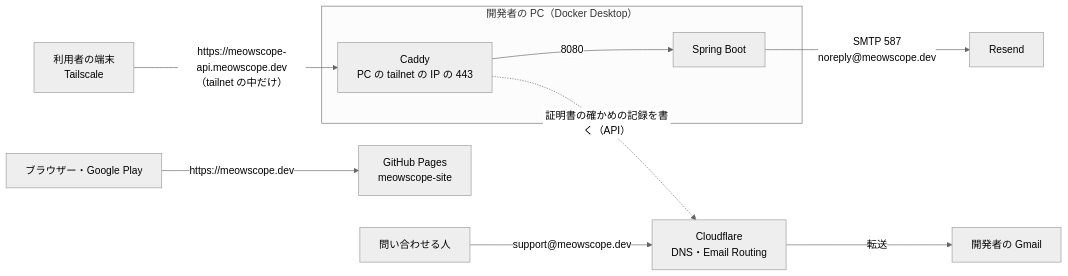
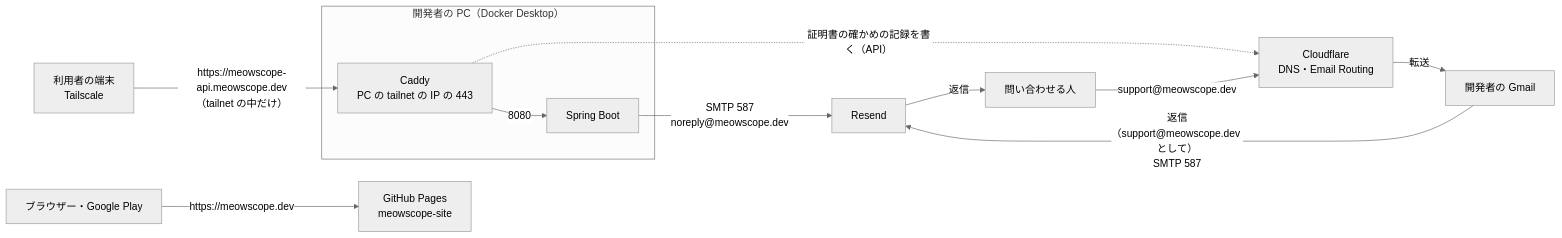
The fifth of 5 diagrams in docs/09_deployment.md (major182/MeowScope), drawn with Mermaid (neutral theme) before and after one commit. The commit also changed other lines of this file and 1 other file, not shown here.

````diff
--- a/docs/09_deployment.md
+++ b/docs/09_deployment.md
@@ -164,12 +164,14 @@
 ```mermaid
 flowchart LR
   phone["利用者の端末<br>Tailscale"] -- "https://meowscope-api.meowscope.dev<br>（tailnet の中だけ）" --> caddy
   subgraph pc ["開発者の PC（Docker Desktop）"]
     caddy["Caddy<br>PC の tailnet の IP の 443"] -- "8080" --> server["Spring Boot"]
   end
   caddy -. "証明書の確かめの記録を書く（API）" .-> cf["Cloudflare<br>DNS・Email Routing"]
   server -- "SMTP 587<br>noreply@meowscope.dev" --> resend["Resend"]
   user["問い合わせる人"] -- "support@meowscope.dev" --> cf
   cf -- "転送" --> gmail["開発者の Gmail"]
+  gmail -- "返信（support@meowscope.dev として）<br>SMTP 587" --> resend
+  resend -- "返信" --> user
   browser["ブラウザー・Google Play"] -- "https://meowscope.dev" --> pages["GitHub Pages<br>meowscope-site"]
 ```
````
